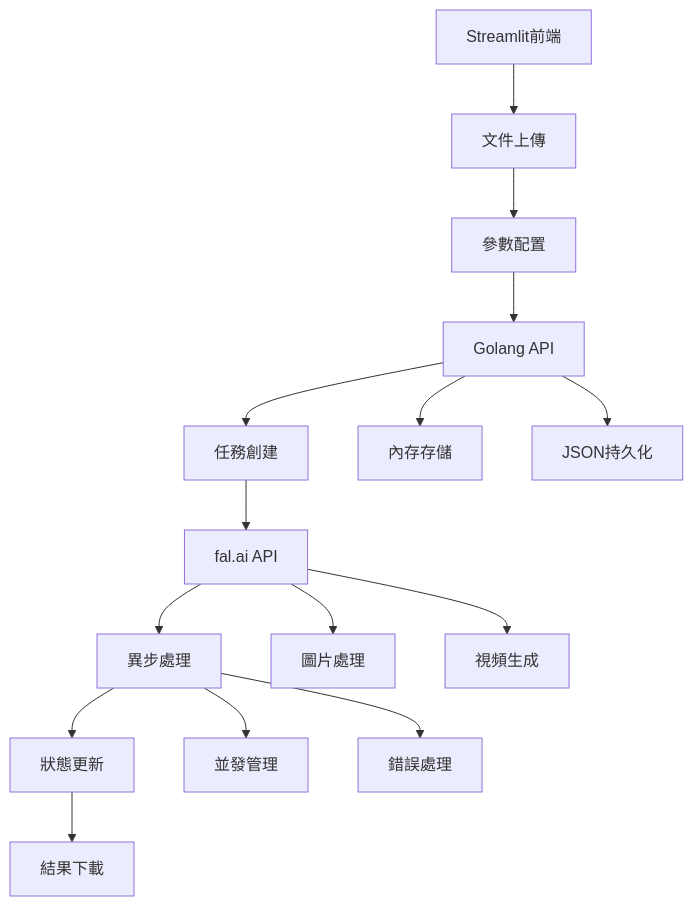
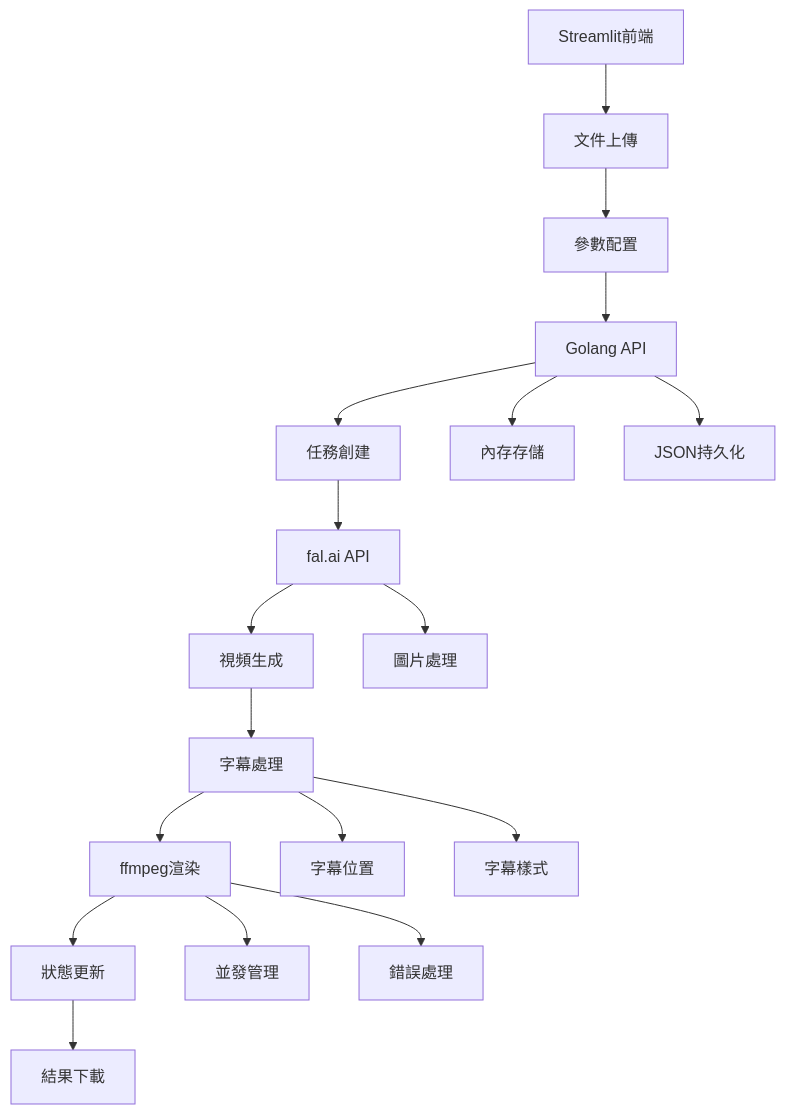
Before and after one commit to dominantculture2024/genVideoSub: the diagram in .trae/documents/genVideoSub_產品需求文檔.md, drawn with Mermaid. The commit also changed other lines of this file and 8 other files, not shown here.

````diff
--- a/.trae/documents/genVideoSub_產品需求文檔.md
+++ b/.trae/documents/genVideoSub_產品需求文檔.md
@@ -59,20 +64,24 @@
 ```mermaid
 graph TD
   A[Streamlit前端] --> B[文件上傳]
   B --> C[參數配置]
   C --> D[Golang API]
   D --> E[任務創建]
   E --> F[fal.ai API]
-  F --> G[異步處理]
-  G --> H[狀態更新]
-  H --> I[結果下載]
+  F --> G[視頻生成]
+  G --> H[字幕處理]
+  H --> I[ffmpeg渲染]
+  I --> J[狀態更新]
+  J --> K[結果下載]
   
-  D --> J[內存存儲]
-  D --> K[JSON持久化]
+  D --> L[內存存儲]
+  D --> M[JSON持久化]
   
-  F --> L[圖片處理]
-  F --> M[視頻生成]
+  F --> N[圖片處理]
   
-  G --> N[並發管理]
-  G --> O[錯誤處理]
+  H --> O[字幕位置]
+  H --> P[字幕樣式]
+  
+  I --> Q[並發管理]
+  I --> R[錯誤處理]
 ```
````
